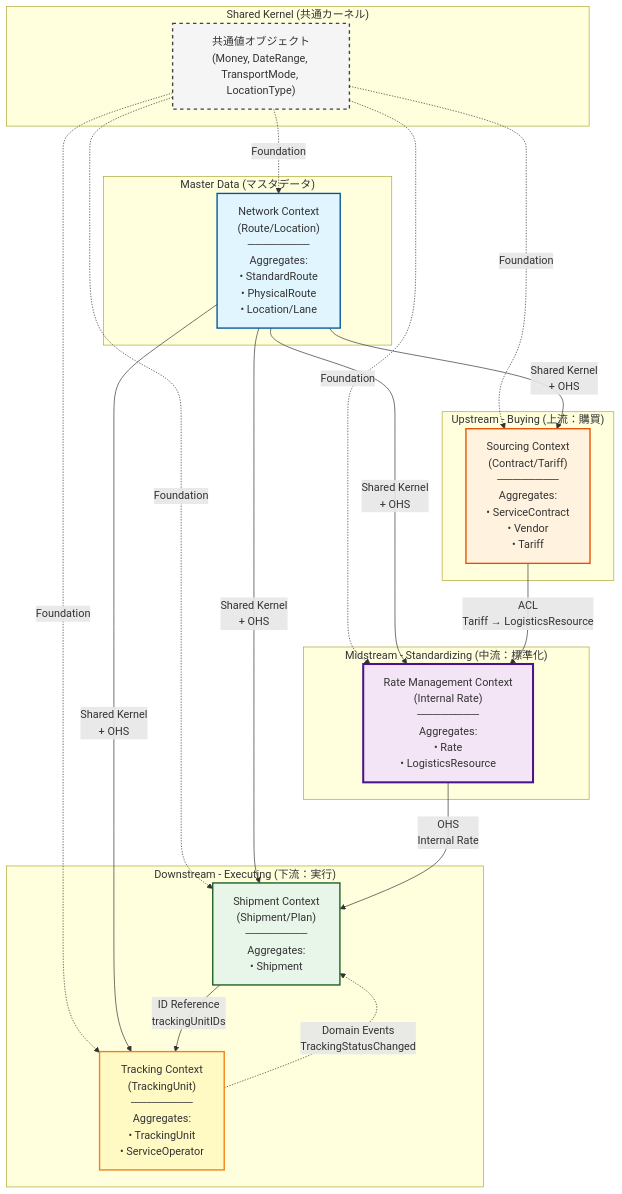
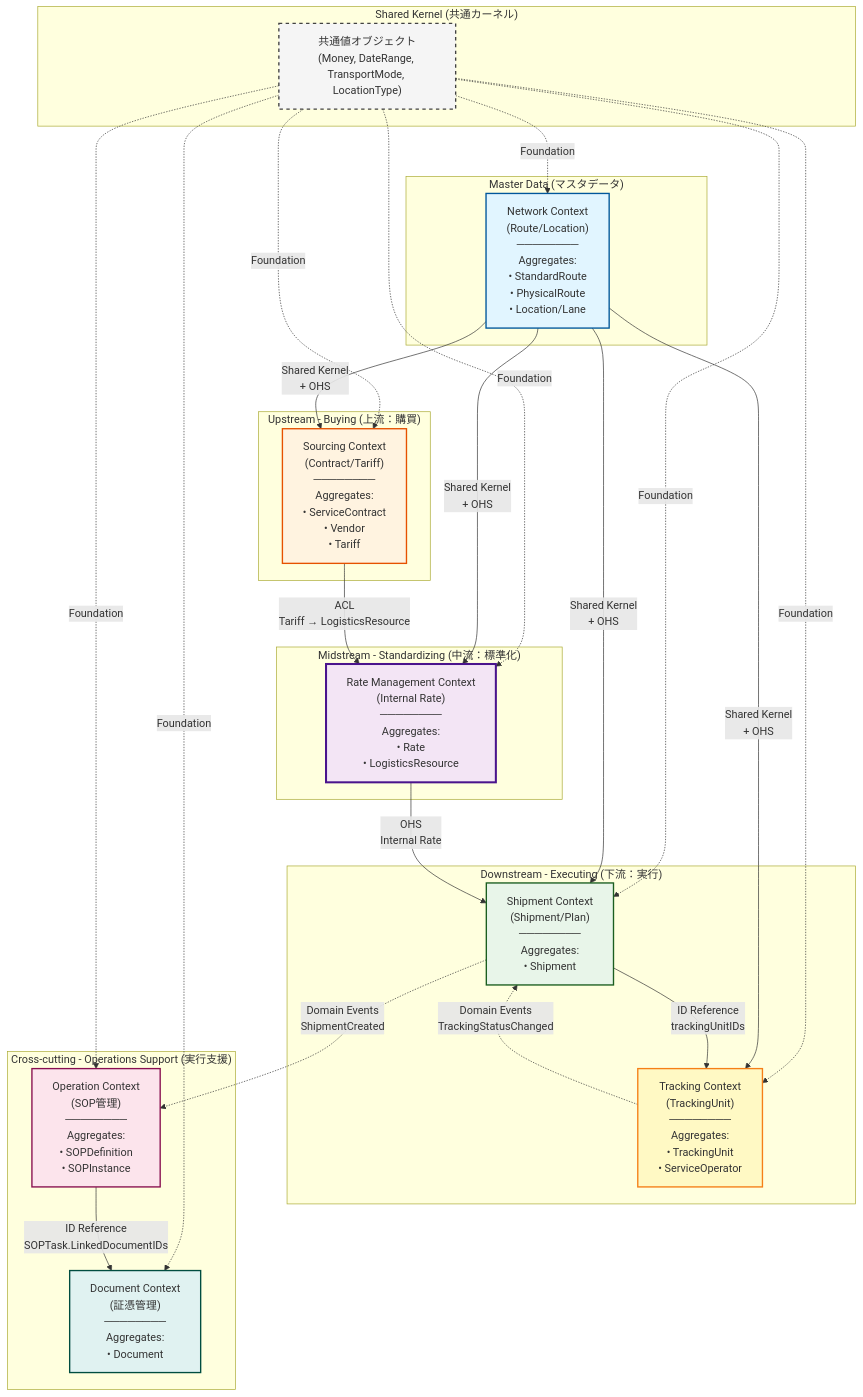
Before and after one commit to sam8helloworld/tms-poc: the first of 2 diagrams in spec/domain-model.md, drawn with Mermaid. The commit also changed other lines of this file and 1 other file, not shown here.

First line of the commit message:
docs: domain-model.mdにOperation BC・Document BCを追加

````diff
--- a/spec/domain-model.md
+++ b/spec/domain-model.md
@@ -7,59 +7,73 @@
 ```mermaid
 graph TD
     %% Shared Kernel
     subgraph "Shared Kernel (共通カーネル)"
         Shared["共通値オブジェクト<br/>(Money, DateRange, TransportMode, LocationType)"]
     end
 
     %% Master Data Context
     subgraph "Master Data (マスタデータ)"
         Network["Network Context<br/>(Route/Location)<br/>────────<br/>Aggregates:<br/>• StandardRoute<br/>• PhysicalRoute<br/>• Location/Lane"]
     end
 
     %% Upstream (Buying)
     subgraph "Upstream - Buying (上流：購買)"
         Sourcing["Sourcing Context<br/>(Contract/Tariff)<br/>────────<br/>Aggregates:<br/>• ServiceContract<br/>• Vendor<br/>• Tariff"]
     end
 
     %% Midstream (Standardizing)
     subgraph "Midstream - Standardizing (中流：標準化)"
         RateMgmt["Rate Management Context<br/>(Internal Rate)<br/>────────<br/>Aggregates:<br/>• Rate<br/>• LogisticsResource"]
     end
 
     %% Downstream (Executing)
     subgraph "Downstream - Executing (下流：実行)"
         Shipment["Shipment Context<br/>(Shipment/Plan)<br/>────────<br/>Aggregates:<br/>• Shipment"]
         Tracking["Tracking Context<br/>(TrackingUnit)<br/>────────<br/>Aggregates:<br/>• TrackingUnit<br/>• ServiceOperator"]
     end
 
+    %% Cross-cutting (実行支援)
+    subgraph "Cross-cutting - Operations Support (実行支援)"
+        Operation["Operation Context<br/>(SOP管理)<br/>────────<br/>Aggregates:<br/>• SOPDefinition<br/>• SOPInstance"]
+        Document["Document Context<br/>(証憑管理)<br/>────────<br/>Aggregates:<br/>• Document"]
+    end
+
     %% Shared Kernel relationships
     Shared -.->|Foundation| Network
     Shared -.->|Foundation| Sourcing
     Shared -.->|Foundation| RateMgmt
     Shared -.->|Foundation| Shipment
     Shared -.->|Foundation| Tracking
+    Shared -.->|Foundation| Operation
+    Shared -.->|Foundation| Document
 
     %% Master Data relationships (OHS: Open Host Service)
     Network -->|Shared Kernel<br/>+ OHS| Sourcing
     Network -->|Shared Kernel<br/>+ OHS| RateMgmt
     Network -->|Shared Kernel<br/>+ OHS| Shipment
     Network -->|Shared Kernel<br/>+ OHS| Tracking
 
     %% Upstream to Midstream (ACL: Anti-Corruption Layer)
     Sourcing -->|ACL<br/>Tariff → LogisticsResource| RateMgmt
 
     %% Midstream to Downstream (OHS: Open Host Service)
     RateMgmt -->|OHS<br/>Internal Rate| Shipment
 
     %% Downstream internal (ID Reference + Domain Events)
     Shipment -->|ID Reference<br/>trackingUnitIDs| Tracking
     Tracking -.->|Domain Events<br/>TrackingStatusChanged| Shipment
 
+    %% Downstream to Cross-cutting
+    Shipment -.->|Domain Events<br/>ShipmentCreated| Operation
+    Operation -->|ID Reference<br/>SOPTask.LinkedDocumentIDs| Document
+
     %% Styling
     style Network fill:#e1f5ff,stroke:#01579b,stroke-width:2px
     style Sourcing fill:#fff3e0,stroke:#e65100,stroke-width:2px
     style RateMgmt fill:#f3e5f5,stroke:#4a148c,stroke-width:3px
     style Shipment fill:#e8f5e9,stroke:#1b5e20,stroke-width:2px
     style Tracking fill:#fff9c4,stroke:#f57f17,stroke-width:2px
+    style Operation fill:#fce4ec,stroke:#880e4f,stroke-width:2px
+    style Document fill:#e0f2f1,stroke:#004d40,stroke-width:2px
     style Shared fill:#f5f5f5,stroke:#424242,stroke-width:2px,stroke-dasharray: 5 5
 ```
````
